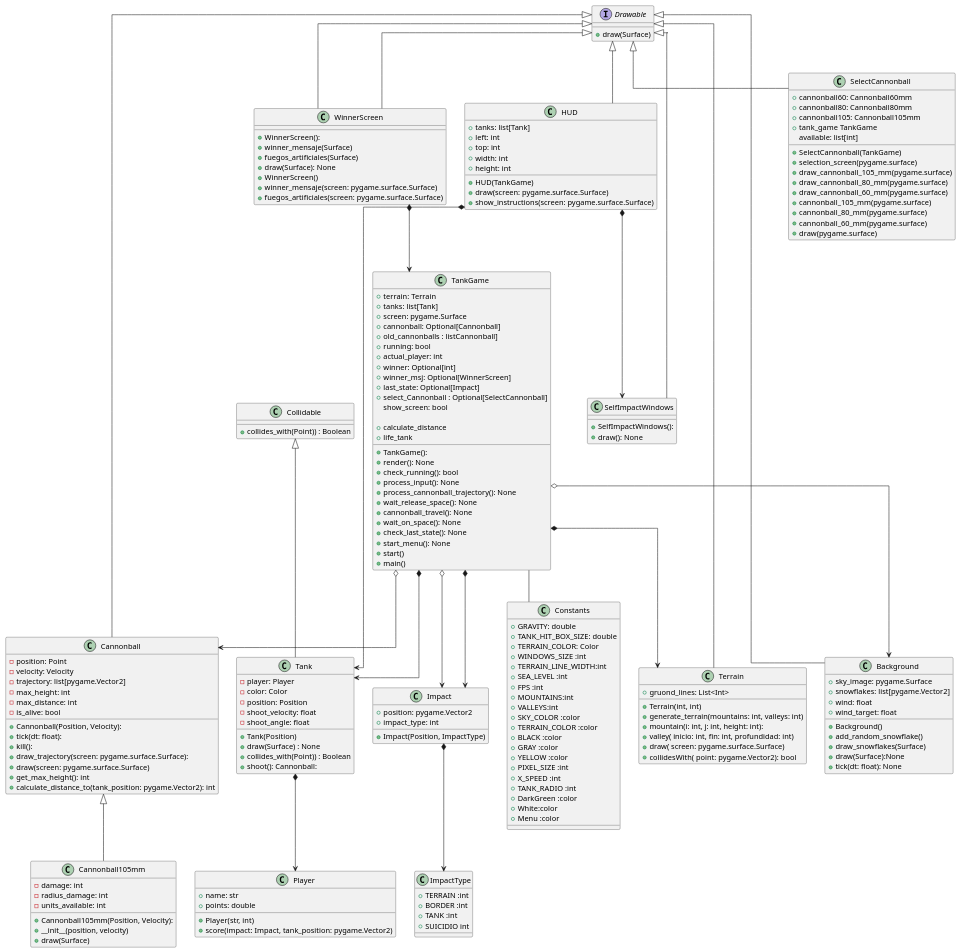
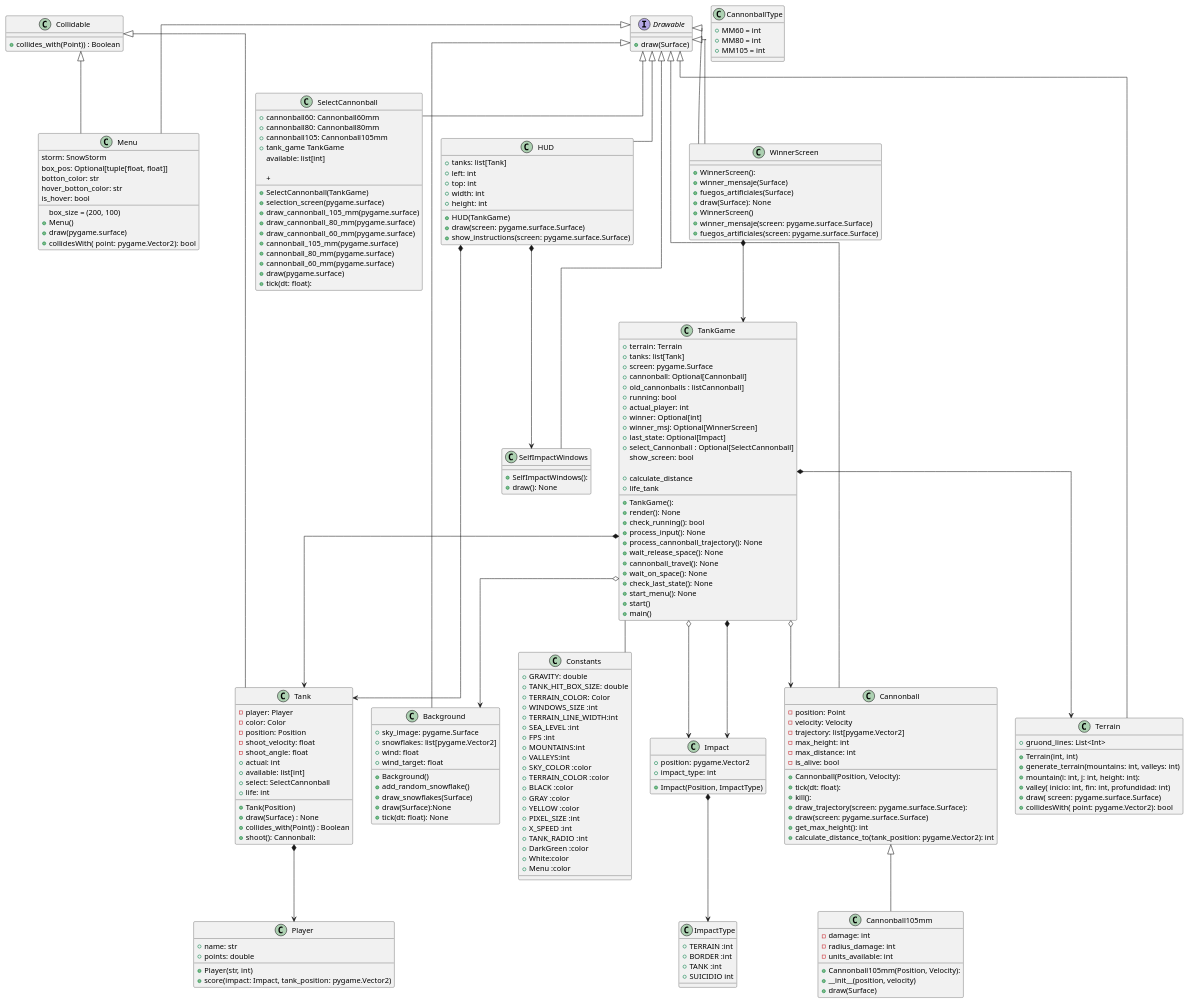
One commit to fraco-oxza/tankGame changed the diagram in uml/entire.plantuml. Above: the diagram before and after it, drawn with PlantUML.

Commit message:
Arreglando UML

```diff
--- a/uml/entire.plantuml
+++ b/uml/entire.plantuml
@@ -114,6 +114,11 @@
     - position: Position
     -shoot_velocity: float
     -shoot_angle: float
+    +actual: int
+    +available: list[int]
+    +select: SelectCannonball
+    +life: int
+
 
     +Tank(Position)
     +draw(Surface) : None
@@ -171,6 +176,14 @@
     +TANK :int
     +SUICIDIO int
 }
+
+class CannonballType{
+    +MM60 = int
+    +MM80 = int
+    +MM105 = int
+
+}
+
 class SelfImpactWindows extends Drawable {
     + SelfImpactWindows():
     + draw(): None
@@ -191,6 +204,20 @@
     +cannonball_80_mm(pygame.surface)
     +cannonball_60_mm(pygame.surface)
     +draw(pygame.surface)
+    +tick(dt: float):
+    +
+}
+
+class Menu extends Drawable, Collidable{
+    storm: SnowStorm
+    box_size = (200, 100)
+    box_pos: Optional[tuple[float, float]]
+    botton_color: str
+    hover_botton_color: str
+    is_hover: bool
+    +Menu()
+    +draw(pygame.surface)
+    +collidesWith( point: pygame.Vector2): bool
 }
 
 TankGame -- Constants
```
